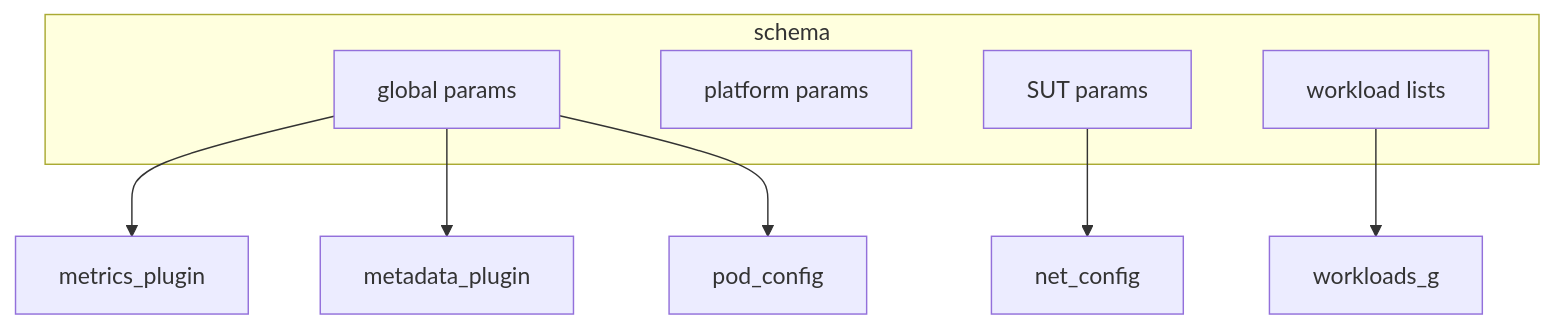
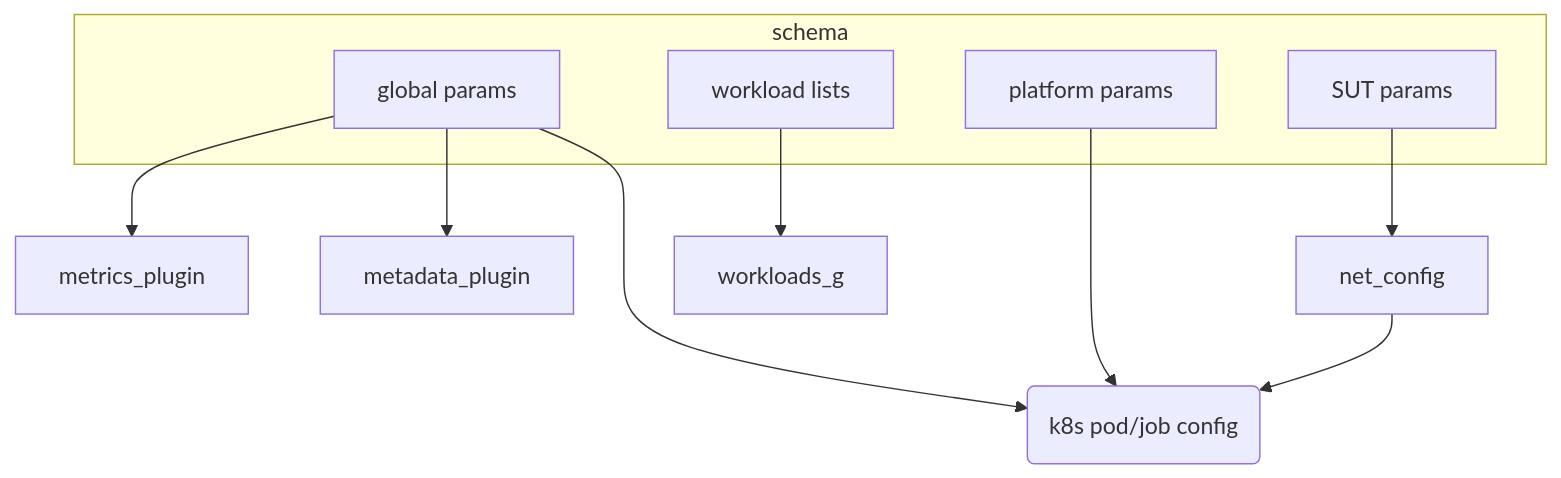
Before and after one commit to mkarg75/arcaflow-workflows: the sixth of 6 diagrams in router-performance/README.md, drawn with Mermaid.

Commit message:
graph expand #2

````diff
--- a/router-performance/README.md
+++ b/router-performance/README.md
@@ -156,18 +156,21 @@
 ```mermaid
 graph TD
 	subgraph schema
 	global_params[global params]
 	platform_params[platform params]
 	sut_params[SUT params]
 	platform_params[platform params]
 	workloads_list[workload lists]
 	end
 
 	global_params --> metrics_plugin
 	global_params --> metadata_plugin
 	global_params --> pod_config
 
+	platform_params --> pod_config(k8s pod/job config)
+	
 	sut_params --> net_config
+	net_config --> pod_config
 
 	workloads_list --> workloads_g
 ```
````
